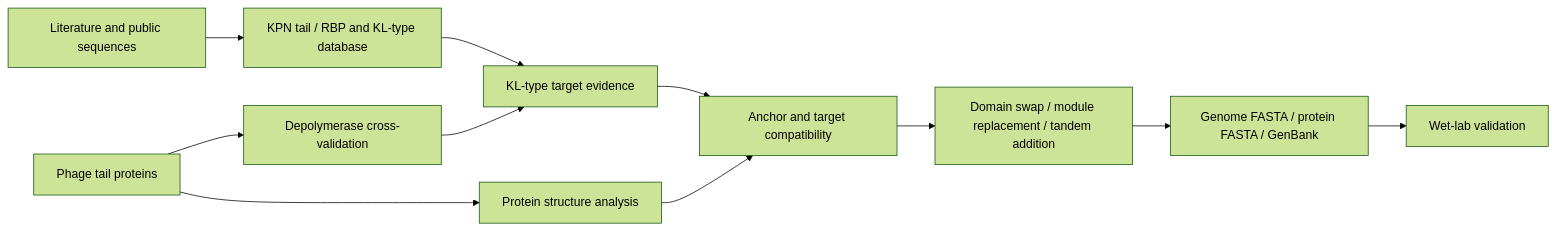
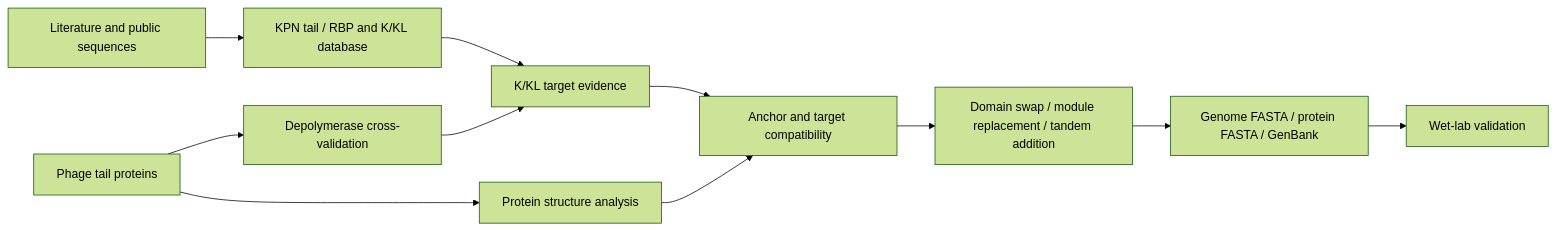
One commit to Bruce-BC/bruce-bc.github.io changed the second of 2 diagrams in _projects/klebsiella-phage-genomics-and-tail-design.md. Above: the diagram before and after it, drawn with Mermaid (forest theme). The commit also changed other lines of this file and 9 other files, not shown here.

````diff
--- a/_projects/klebsiella-phage-genomics-and-tail-design.md
+++ b/_projects/klebsiella-phage-genomics-and-tail-design.md
@@ -71,14 +71,14 @@
 ```mermaid
 flowchart LR
-    literature_and_public_sequences[Literature and public sequences] --> kpn_tail_kl_database[KPN tail / RBP and KL-type database]
+    literature_and_public_sequences[Literature and public sequences] --> kpn_tail_kl_database[KPN tail / RBP and K/KL database]
     phage_tail_proteins[Phage tail proteins] --> depolymerase_consensus[Depolymerase cross-validation]
-    kpn_tail_kl_database --> capsule_target_evidence[KL-type target evidence]
+    kpn_tail_kl_database --> capsule_target_evidence[K/KL target evidence]
     depolymerase_consensus --> capsule_target_evidence
     phage_tail_proteins --> protein_structure_analysis[Protein structure analysis]
     capsule_target_evidence --> compatibility_scoring[Anchor and target compatibility]
     protein_structure_analysis --> compatibility_scoring
     compatibility_scoring --> design_routes[Domain swap / module replacement / tandem addition]
     design_routes --> export_package[Genome FASTA / protein FASTA / GenBank]
     export_package --> wet_lab_validation[Wet-lab validation]
     class kpn_tail_kl_database,depolymerase_consensus,capsule_target_evidence,protein_structure_analysis,compatibility_scoring,design_routes,export_package project-tool-node
 ```
````
